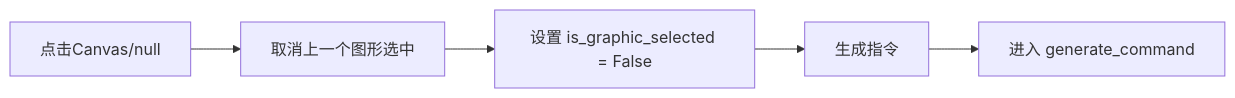
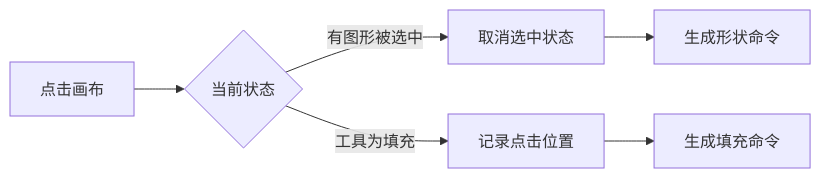
Before and after one commit to buaa23371212/ThePainter: the fifth of 6 diagrams in transcriber/docs/流程图.md, drawn with Mermaid. The commit also changed other lines of this file and 1 other file, not shown here.

````diff
--- a/transcriber/docs/流程图.md
+++ b/transcriber/docs/流程图.md
@@ -53,7 +63,8 @@
 ```mermaid
 graph LR
-    A[点击Canvas/null] --> B[取消上一个图形选中]
-    B --> C[设置 is_graphic_selected = False]
-    C --> D[生成指令]
-    D --> E[进入 generate_command]
+    A[点击画布] --> B{当前状态}
+    B -->|有图形被选中| C[取消选中状态]
+    C --> D[生成形状命令]
+    B -->|工具为填充| E[记录点击位置]
+    E --> F[生成填充命令]
 ```
````
